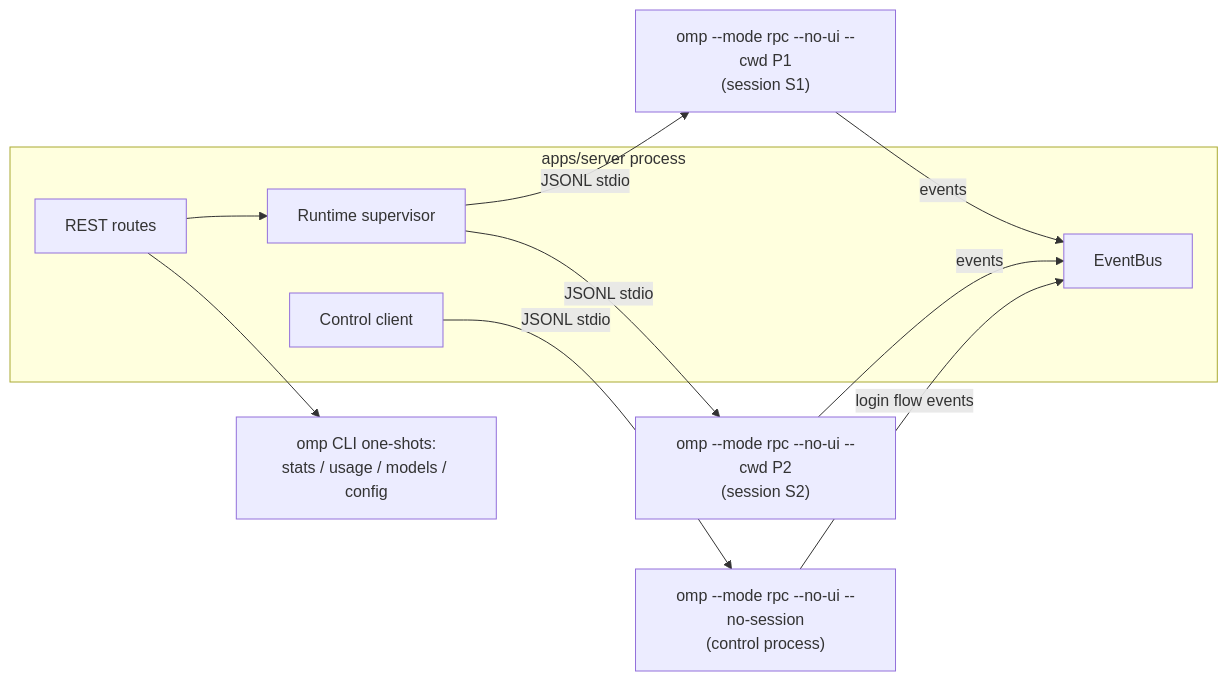
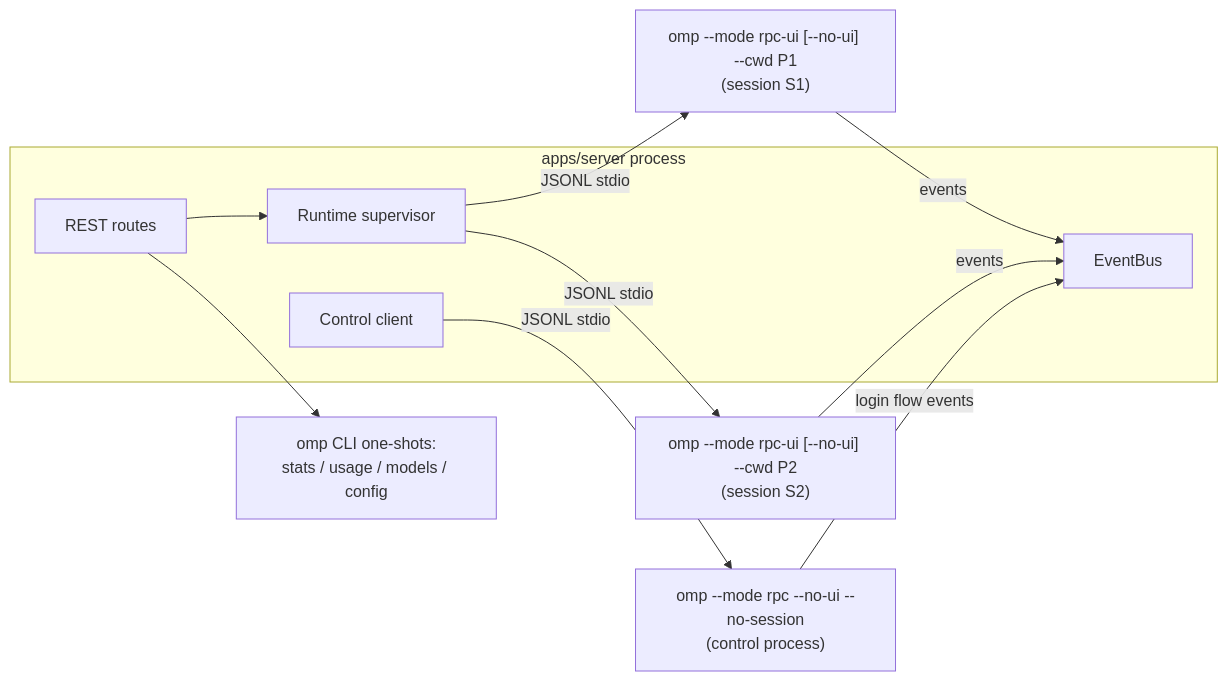
Before and after one commit to CongLe-FinX/clam: the third of 9 diagrams in docs/architecture.md, drawn with Mermaid. The commit also changed other lines of this file and 499 other files, not shown here.

````diff
--- a/docs/architecture.md
+++ b/docs/architecture.md
@@ -212,21 +214,21 @@
 ```mermaid
 flowchart LR
   subgraph server["apps/server process"]
     api["REST routes"]
     sup["Runtime supervisor"]
     ctl["Control client"]
     bus["EventBus"]
   end
-  s1["omp --mode rpc --no-ui --cwd P1\n(session S1)"]
-  s2["omp --mode rpc --no-ui --cwd P2\n(session S2)"]
+  s1["omp --mode rpc-ui [--no-ui] --cwd P1\n(session S1)"]
+  s2["omp --mode rpc-ui [--no-ui] --cwd P2\n(session S2)"]
   c["omp --mode rpc --no-ui --no-session\n(control process)"]
   cli["omp CLI one-shots:\nstats / usage / models / config"]
   api --> sup
   sup -- "JSONL stdio" --> s1
   sup -- "JSONL stdio" --> s2
   ctl -- "JSONL stdio" --> c
   api --> cli
   s1 -- events --> bus
   s2 -- events --> bus
   c -- login flow events --> bus
 ```
````
